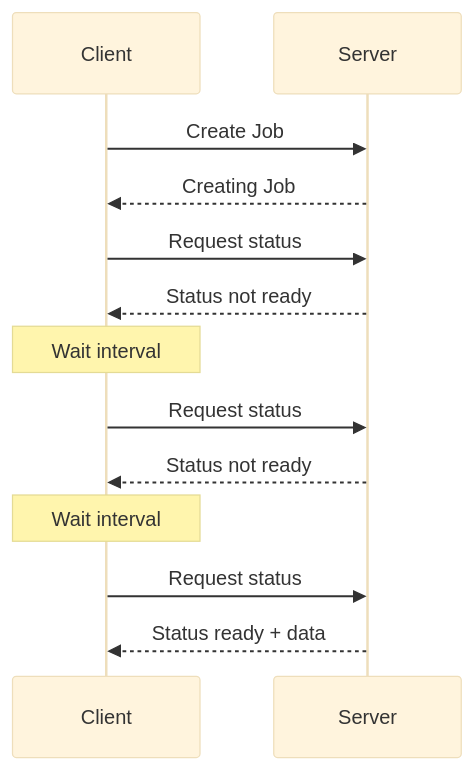
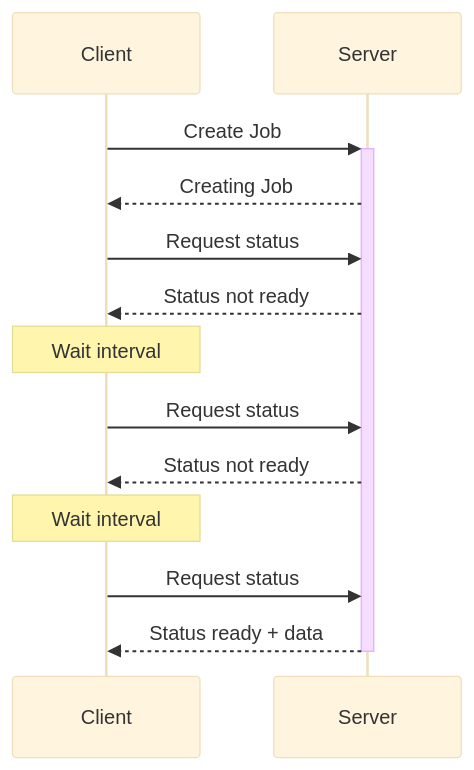
Before and after one commit to frostehhh/obsidian-software-engineering: the diagram in Notes/Polling.md, drawn with Mermaid (base theme). The commit also changed other lines of this file and 4 other files, not shown here.

````diff
--- a/Notes/Polling.md
+++ b/Notes/Polling.md
@@ -14,19 +14,19 @@
 ```mermaid
 sequenceDiagram
     participant Client
     participant Server
 
-	Client->>Server: Create Job
+	Client->>+Server: Create Job
 	Server-->>Client: Creating Job
 
     Client->>Server: Request status
     Server-->>Client: Status not ready
     Note over Client: Wait interval
     
     Client->>Server: Request status
     Server-->>Client: Status not ready
     Note over Client: Wait interval
     
     Client->>Server: Request status 
-    Server-->>Client: Status ready + data
+    Server-->>-Client: Status ready + data
 ```
````
